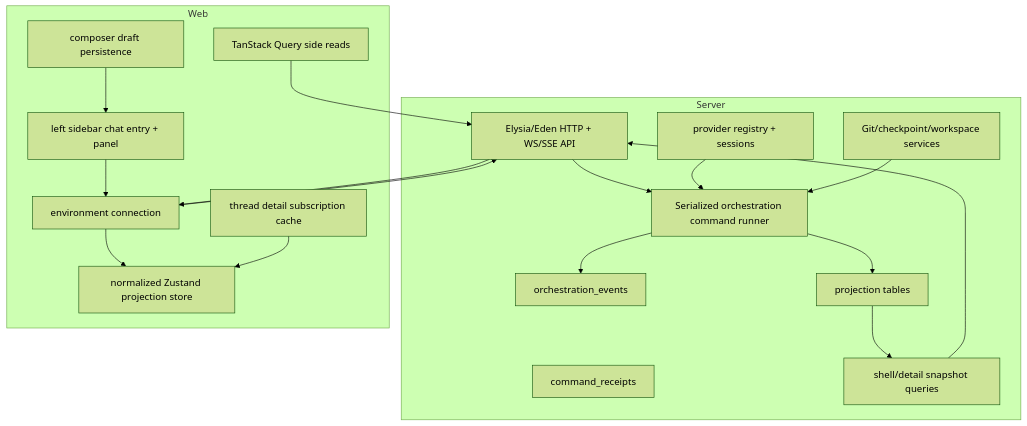
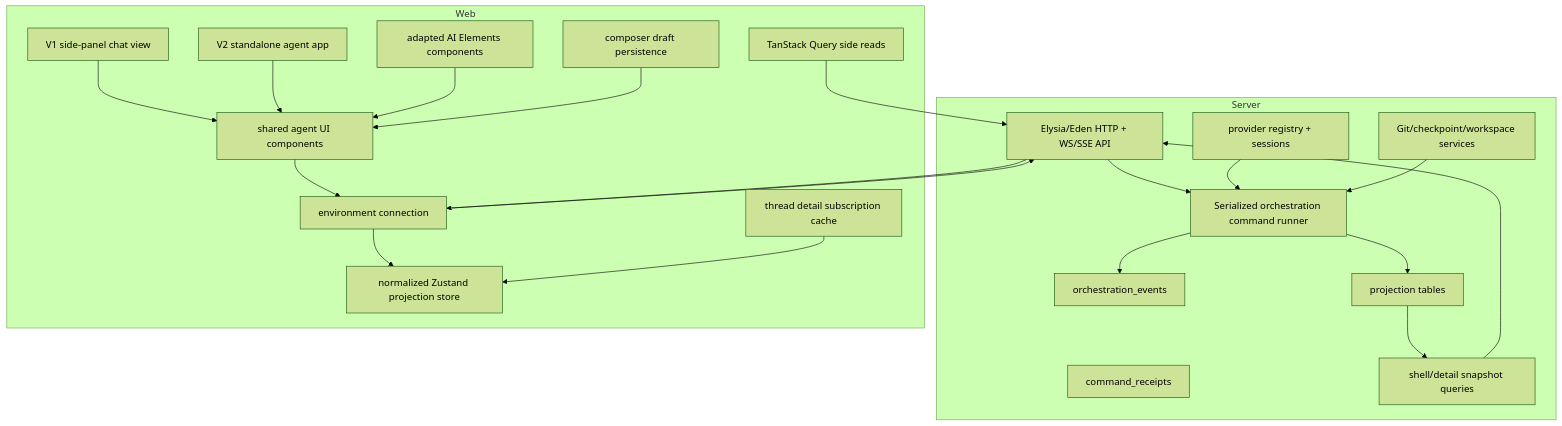
The diagram in docs/t3code-parity-implementation-plan.md (ShaulLavo/platform), drawn with Mermaid (forest theme) before and after one commit. The commit also changed other lines of this file and 2 other files, not shown here.

````diff
--- a/docs/t3code-parity-implementation-plan.md
+++ b/docs/t3code-parity-implementation-plan.md
@@ -38,37 +83,43 @@
 ```mermaid
 flowchart TD
   subgraph Server
     API["Elysia/Eden HTTP + WS/SSE API"]
     CMD["Serialized orchestration command runner"]
     EV["orchestration_events"]
     RC["command_receipts"]
     PROJ["projection tables"]
     SNAP["shell/detail snapshot queries"]
     PRV["provider registry + sessions"]
     GIT["Git/checkpoint/workspace services"]
   end
 
   subgraph Web
     CONN["environment connection"]
     STORE["normalized Zustand projection store"]
     DETA["thread detail subscription cache"]
     RQ["TanStack Query side reads"]
-    UI["left sidebar chat entry + panel"]
+    AIE["adapted AI Elements components"]
+    UI["shared agent UI components"]
+    SIDE["V1 side-panel chat view"]
+    APP["V2 standalone agent app"]
     DRAFT["composer draft persistence"]
   end
 
+  SIDE --> UI
+  APP --> UI
+  AIE --> UI
   UI --> CONN
   CONN --> API
   API --> CMD
   CMD --> EV
   CMD --> PROJ
   PROJ --> SNAP
   SNAP --> API
   API --> CONN
   CONN --> STORE
   DETA --> STORE
   RQ --> API
   PRV --> CMD
   GIT --> CMD
   DRAFT --> UI
 ```
````
